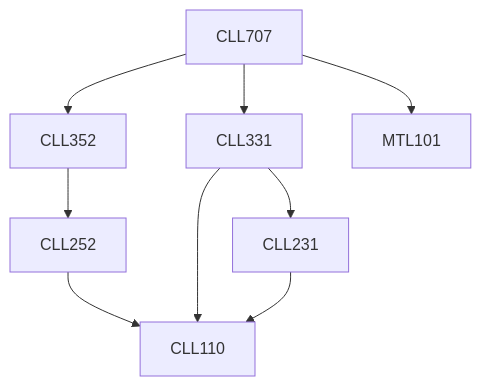
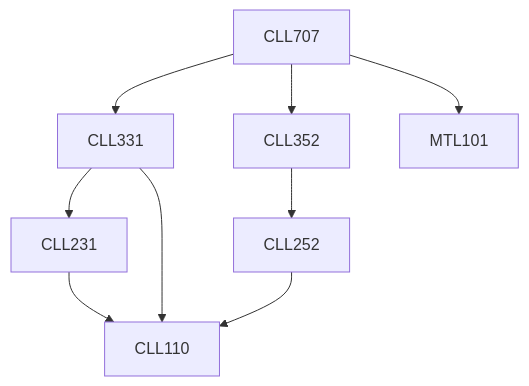
Before and after one commit to KeshavBansal0122/CoS_Website: the diagram in content/Chemical Engineering/CLL707.md, drawn with Mermaid. The commit also changed other lines of this file and 2662 other files, not shown here.

````diff
--- a/content/Chemical Engineering/CLL707.md
+++ b/content/Chemical Engineering/CLL707.md
@@ -13,15 +13,15 @@
 ```mermaid
 flowchart TD
 CLL707-128[CLL707]
+CLL707-128 --> CLL331-128[CLL331]
+CLL231-128 --> CLL110-128[CLL110]
+CLL352-128 --> CLL252-128[CLL252]
 CLL252-128 --> CLL110-128[CLL110]
-CLL352-128 --> CLL252-128[CLL252]
+CLL707-128 --> CLL352-128[CLL352]
 CLL331-128 --> CLL231-128[CLL231]
+CLL707-128 --> MTL101-128[MTL101]
 CLL331-128 --> CLL110-128[CLL110]
-CLL707-128 --> MTL101-128[MTL101]
-CLL231-128 --> CLL110-128[CLL110]
-CLL707-128 --> CLL352-128[CLL352]
-CLL707-128 --> CLL331-128[CLL331]
 
 classDef empty height:17px, fill:transparent, stroke:transparent;
 classDef trueEmpty height:0px, width:0px;
 ```
````
